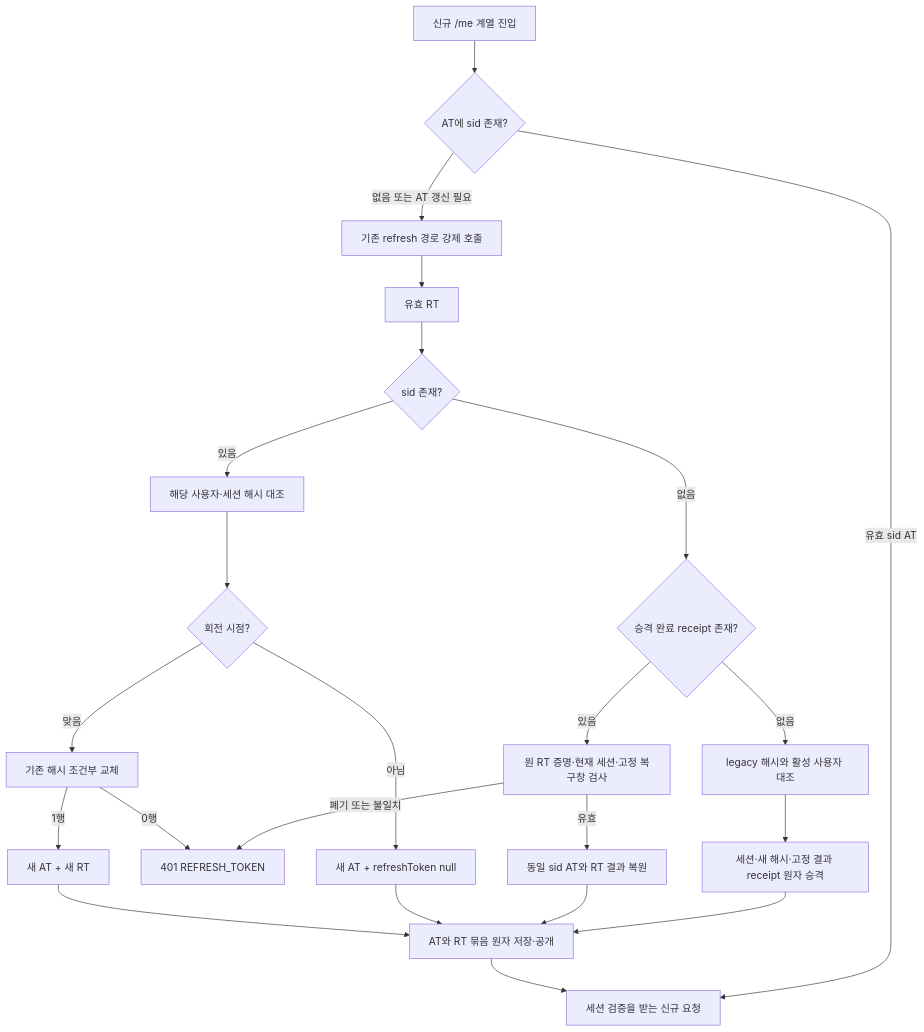
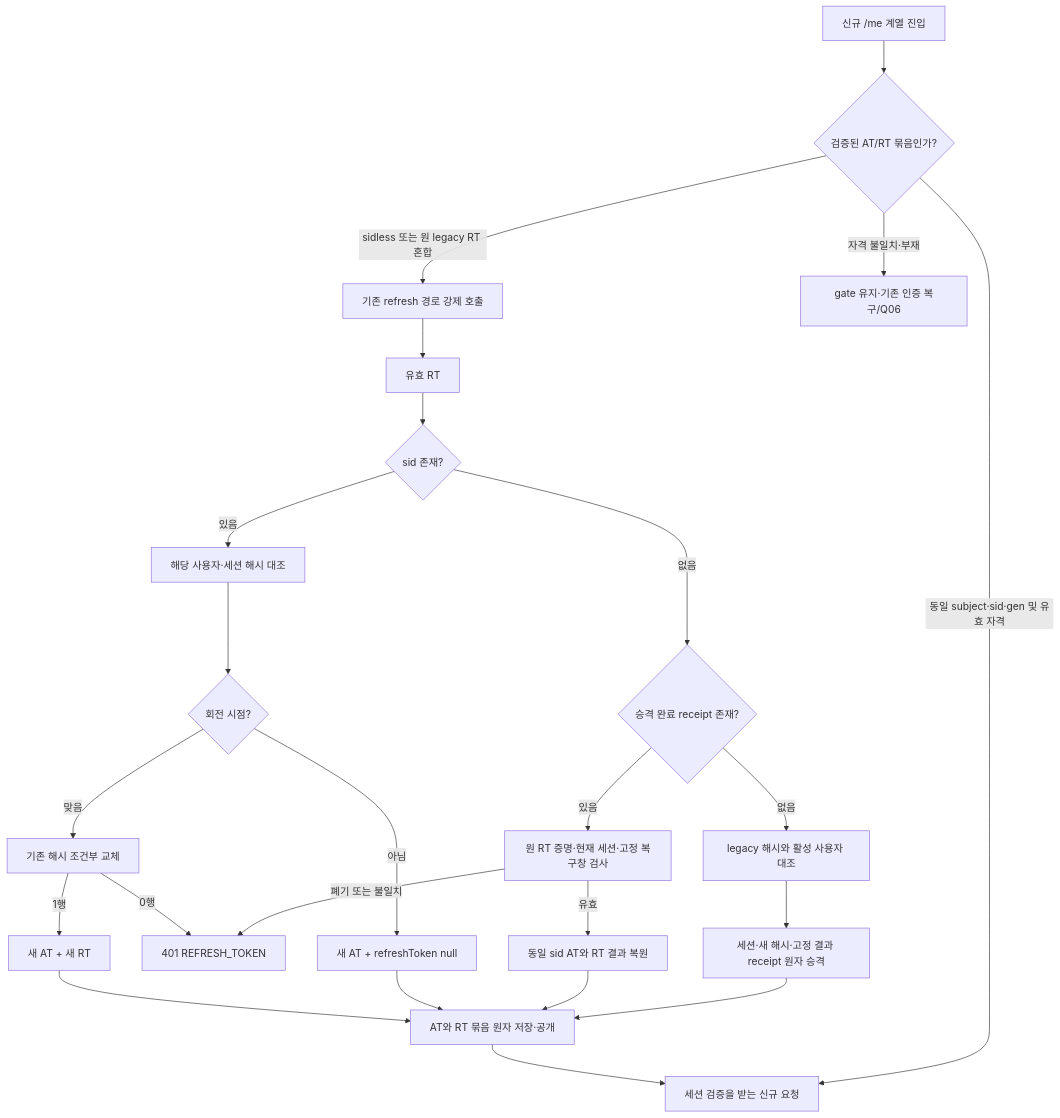
Before and after one commit to OneOrThree/phone: the third of 5 diagrams in docs/prd/account/high-level-design.md, drawn with Mermaid. The commit also changed other lines of this file and 4 other files, not shown here.

````diff
--- a/docs/prd/account/high-level-design.md
+++ b/docs/prd/account/high-level-design.md
@@ -67,25 +67,26 @@
 ```mermaid
 flowchart TD
-    Entry[신규 /me 계열 진입] --> AT{AT에 sid 존재?}
-    AT -->|없음 또는 AT 갱신 필요| Refresh[기존 refresh 경로 강제 호출]
-    AT -->|유효 sid AT| Ready[세션 검증을 받는 신규 요청]
+    Entry[신규 /me 계열 진입] --> AT{검증된 AT/RT 묶음인가?}
+    AT -->|sidless 또는 원 legacy RT 혼합| Refresh[기존 refresh 경로 강제 호출]
+    AT -->|동일 subject·sid·gen 및 유효 자격| Ready[세션 검증을 받는 신규 요청]
+    AT -->|자격 불일치·부재| Closed[gate 유지·기존 인증 복구/Q06]
     Refresh --> RT[유효 RT]
     RT --> SID{sid 존재?}
     SID -->|없음| Receipt{승격 완료 receipt 존재?}
     Receipt -->|있음| Replay[원 RT 증명·현재 세션·고정 복구창 검사]
     Replay -->|유효| Same[동일 sid AT와 RT 결과 복원]
     Replay -->|폐기 또는 불일치| Fail
     Receipt -->|없음| Legacy[legacy 해시와 활성 사용자 대조]
     Legacy --> Promote[세션·새 해시·고정 결과 receipt 원자 승격]
     SID -->|있음| Session[해당 사용자·세션 해시 대조]
     Session --> Due{회전 시점?}
     Due -->|아님| Keep[새 AT + refreshToken null]
     Due -->|맞음| CAS[기존 해시 조건부 교체]
     CAS -->|1행| New[새 AT + 새 RT]
     CAS -->|0행| Fail[401 REFRESH_TOKEN]
     Promote --> Store[AT와 RT 묶음 원자 저장·공개]
     Same --> Store
     Keep --> Store
     New --> Store
     Store --> Ready
 ```
````
